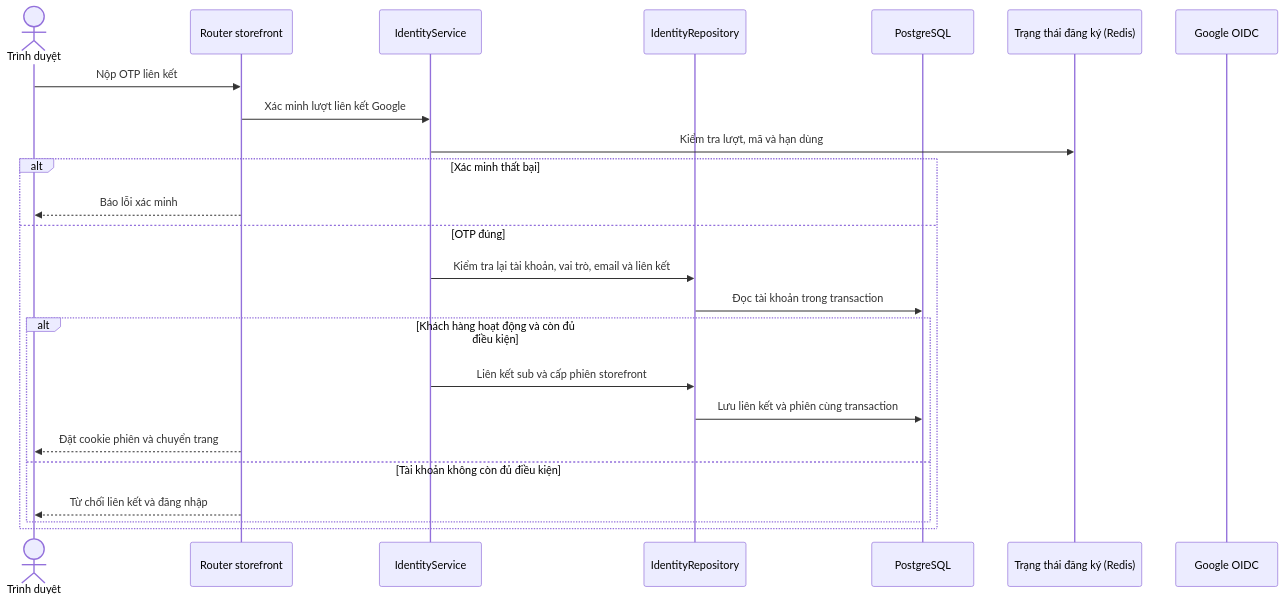
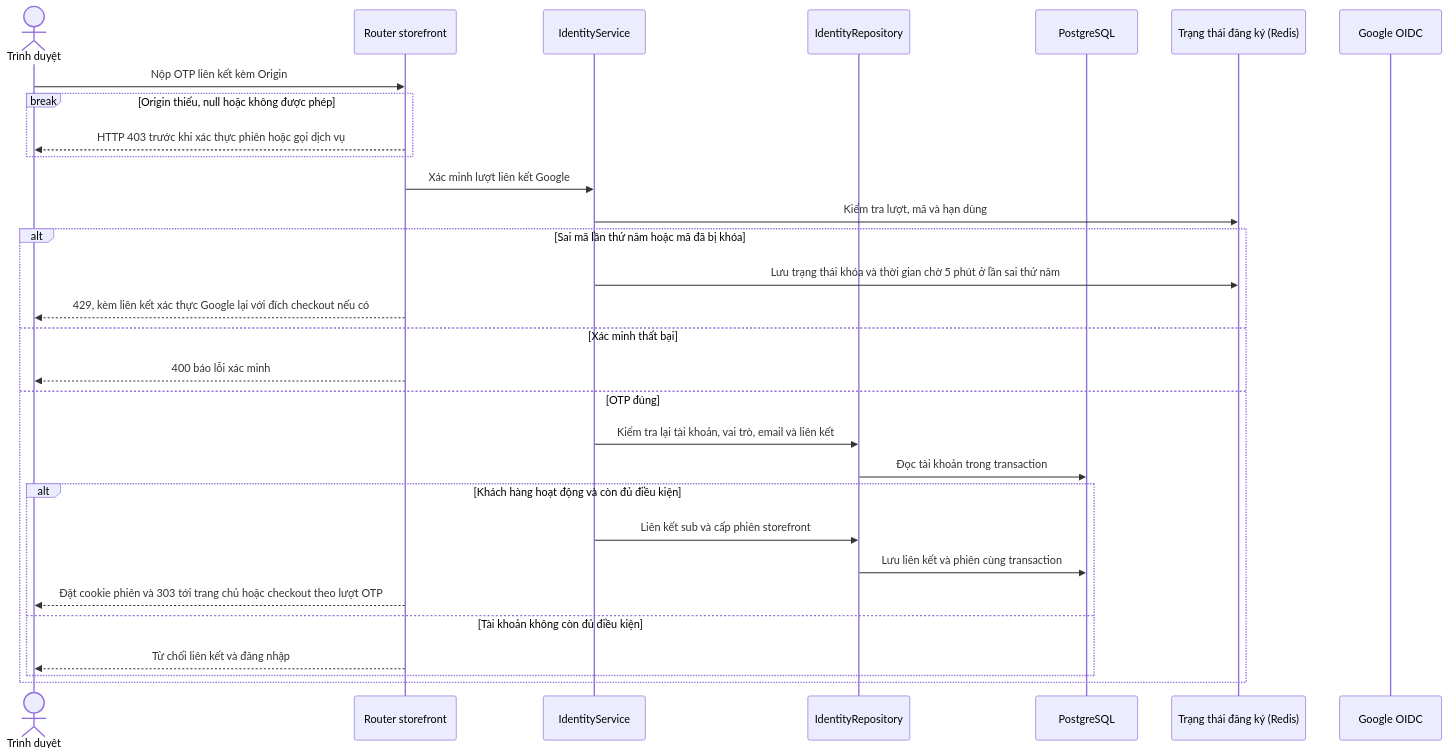
The diagram in docs/sequence/identity/post-register-google-link-otp.md (thanhklt/sobie-swimwear-e-commerce), drawn with Mermaid before and after one commit. The commit also changed other lines of this file and 72 other files, not shown here.

````diff
--- a/docs/sequence/identity/post-register-google-link-otp.md
+++ b/docs/sequence/identity/post-register-google-link-otp.md
@@ -5,26 +5,32 @@
 ```mermaid
 sequenceDiagram
     actor Browser as Trình duyệt
     participant Route as Router storefront
     participant Service as IdentityService
     participant Repo as IdentityRepository
     participant DB as PostgreSQL
     participant Redis as Trạng thái đăng ký (Redis)
     participant Google as Google OIDC
-    Browser->>Route: Nộp OTP liên kết
+    Browser->>Route: Nộp OTP liên kết kèm Origin
+    break Origin thiếu, null hoặc không được phép
+        Route-->>Browser: HTTP 403 trước khi xác thực phiên hoặc gọi dịch vụ
+    end
     Route->>Service: Xác minh lượt liên kết Google
     Service->>Redis: Kiểm tra lượt, mã và hạn dùng
-    alt Xác minh thất bại
-        Route-->>Browser: Báo lỗi xác minh
+    alt Sai mã lần thứ năm hoặc mã đã bị khóa
+        Service->>Redis: Lưu trạng thái khóa và thời gian chờ 5 phút ở lần sai thứ năm
+        Route-->>Browser: 429, kèm liên kết xác thực Google lại với đích checkout nếu có
+    else Xác minh thất bại
+        Route-->>Browser: 400 báo lỗi xác minh
     else OTP đúng
         Service->>Repo: Kiểm tra lại tài khoản, vai trò, email và liên kết
         Repo->>DB: Đọc tài khoản trong transaction
         alt Khách hàng hoạt động và còn đủ điều kiện
             Service->>Repo: Liên kết sub và cấp phiên storefront
             Repo->>DB: Lưu liên kết và phiên cùng transaction
-            Route-->>Browser: Đặt cookie phiên và chuyển trang
+            Route-->>Browser: Đặt cookie phiên và 303 tới trang chủ hoặc checkout theo lượt OTP
         else Tài khoản không còn đủ điều kiện
             Route-->>Browser: Từ chối liên kết và đăng nhập
         end
     end
 ```
````
